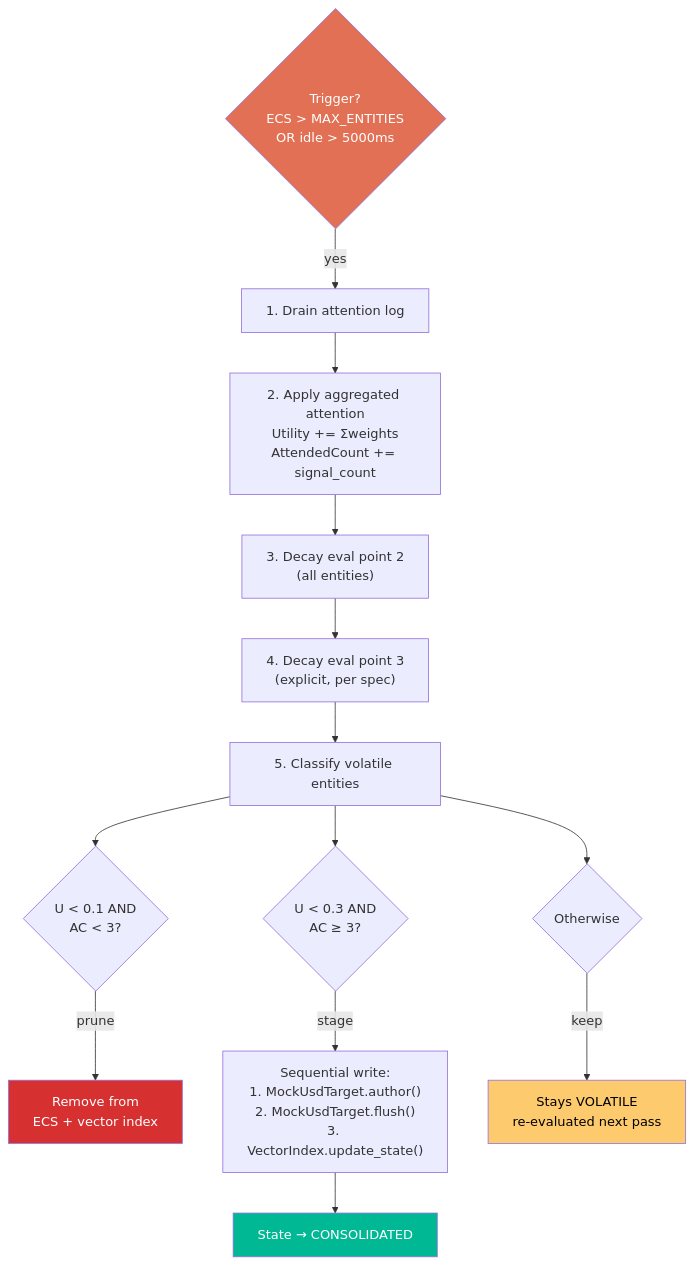
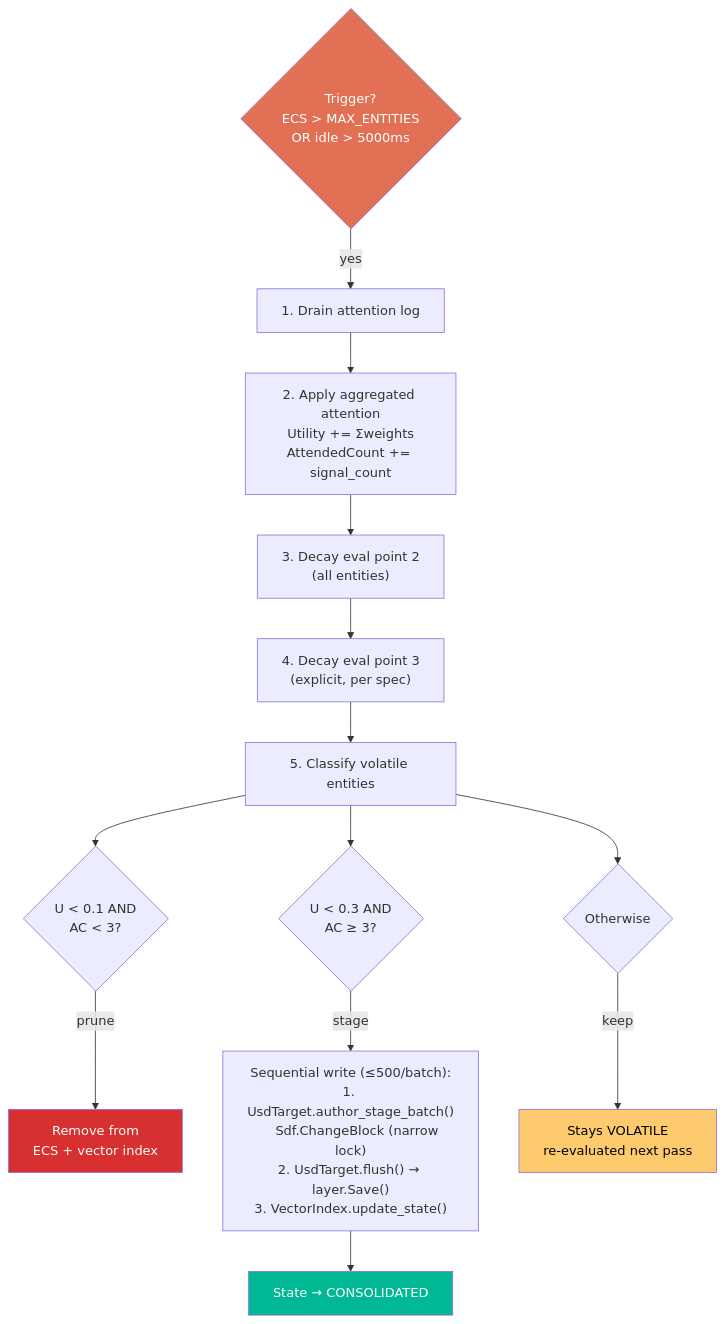
One commit to JosephOIbrahim/Moneta changed the third of 5 diagrams in README.md. Above: the diagram before and after it, drawn with Mermaid. The commit also changed other lines of this file, not shown here.

First line of the commit message:
README: update Mermaid diagrams and content for v1.0.0

````diff
--- a/README.md
+++ b/README.md
@@ -118,23 +127,23 @@
 ```mermaid
 flowchart TD
     trigger{"Trigger?<br/>ECS > MAX_ENTITIES<br/>OR idle > 5000ms"} -->|yes| drain["1. Drain attention log"]
     drain --> reduce["2. Apply aggregated attention<br/>Utility += Σweights<br/>AttendedCount += signal_count"]
     reduce --> decay2["3. Decay eval point 2<br/>(all entities)"]
     decay2 --> decay3["4. Decay eval point 3<br/>(explicit, per spec)"]
     decay3 --> classify["5. Classify volatile entities"]
 
     classify --> prune{"U < 0.1 AND<br/>AC < 3?"}
     classify --> stage{"U < 0.3 AND<br/>AC ≥ 3?"}
     classify --> keep{"Otherwise"}
 
     prune -->|prune| remove["Remove from<br/>ECS + vector index"]
-    stage -->|stage| seqwrite["Sequential write:<br/>1. MockUsdTarget.author()<br/>2. MockUsdTarget.flush()<br/>3. VectorIndex.update_state()"]
+    stage -->|stage| seqwrite["Sequential write (≤500/batch):<br/>1. UsdTarget.author_stage_batch()<br/>    Sdf.ChangeBlock (narrow lock)<br/>2. UsdTarget.flush() → layer.Save()<br/>3. VectorIndex.update_state()"]
     keep -->|keep| volatile["Stays VOLATILE<br/>re-evaluated next pass"]
 
     seqwrite --> consolidated["State → CONSOLIDATED"]
 
     style trigger fill:#e17055,color:#fff
     style remove fill:#d63031,color:#fff
     style consolidated fill:#00b894,color:#fff
     style volatile fill:#fdcb6e,color:#000
 ```
````
